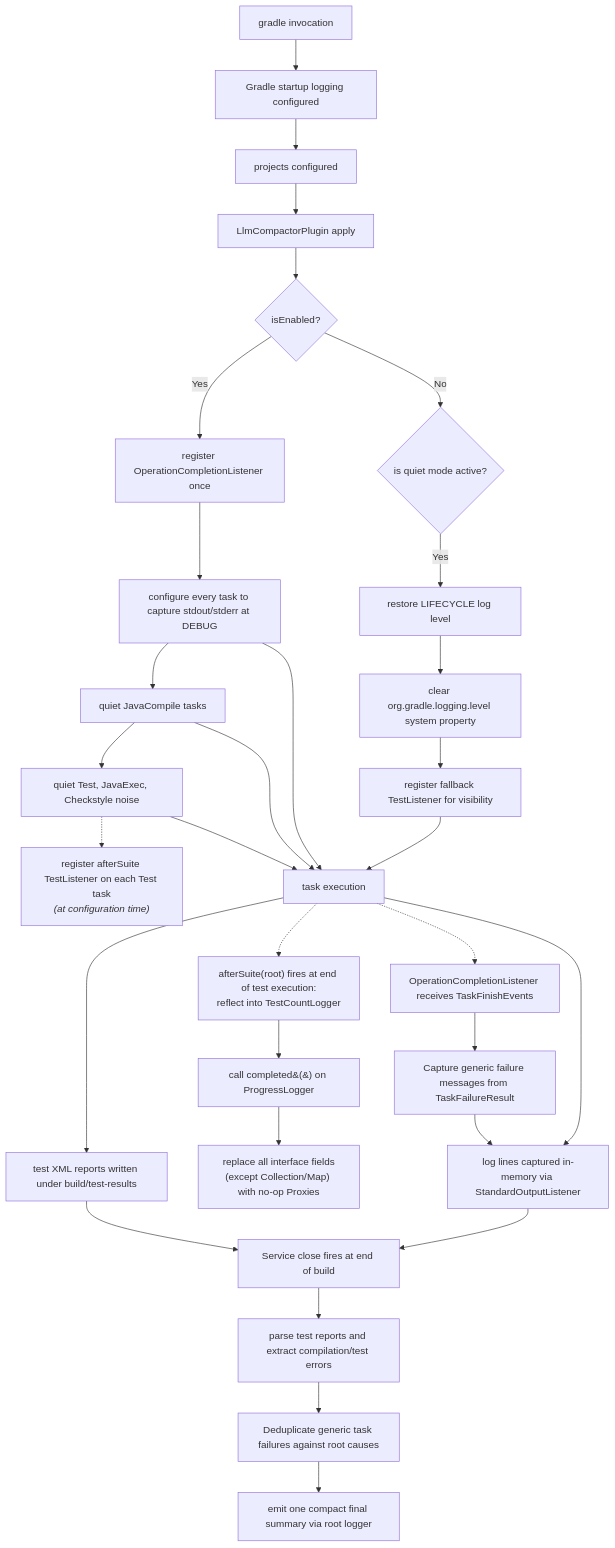
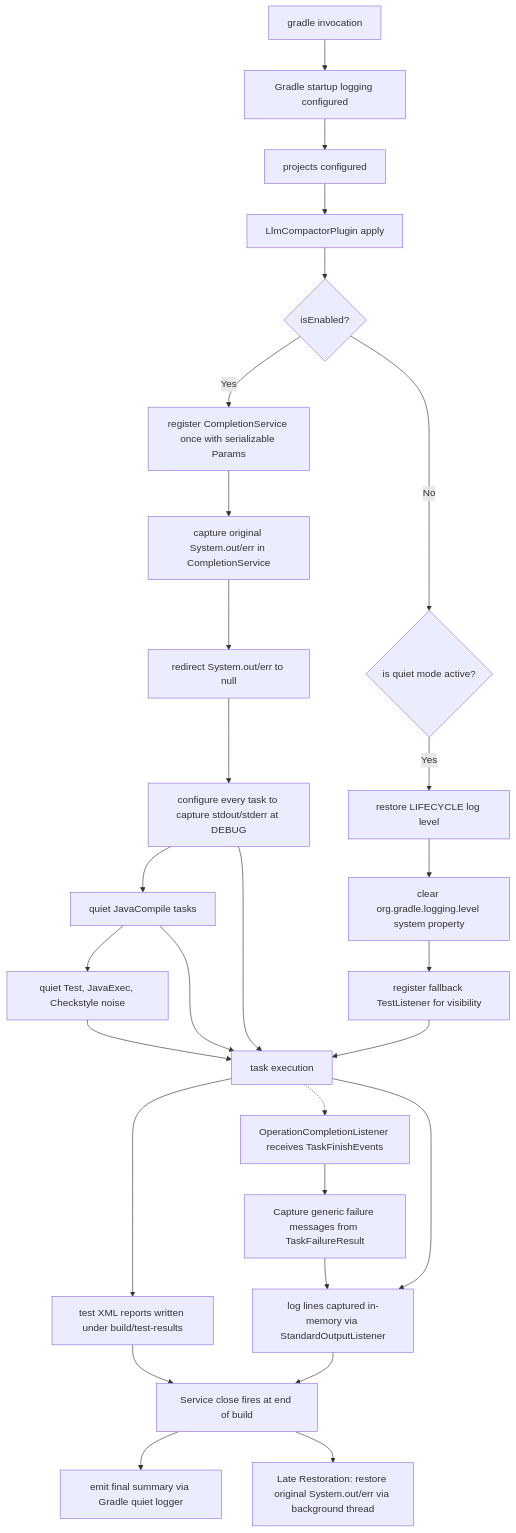
The diagram in docs/gradle-design.md (sfkamath/llm-build-compactor), drawn with Mermaid before and after one commit. The commit also changed other lines of this file and 5 other files, not shown here.

First line of the commit message:
feat(gradle): implement late stream restoration and harden plugin architecture

````diff
--- a/docs/gradle-design.md
+++ b/docs/gradle-design.md
@@ -44,39 +45,35 @@
 ```mermaid
 flowchart TD
     A[gradle invocation] --> B[Gradle startup logging configured]
     B --> C[projects configured]
     C --> D[LlmCompactorPlugin apply]
     D --> E{isEnabled?}
     
-    E -- Yes --> F[register OperationCompletionListener once]
-    F --> G[configure every task to capture stdout/stderr at DEBUG]
-    G --> H[quiet JavaCompile tasks]
-    H --> I[quiet Test, JavaExec, Checkstyle noise]
-    I -.-> I1["register afterSuite TestListener on each Test task<br/><i>(at configuration time)</i>"]
+    E -- Yes --> F[register CompletionService once with serializable Params]
+    F --> G[capture original System.out/err in CompletionService]
+    G --> H[redirect System.out/err to null]
+    H --> I[configure every task to capture stdout/stderr at DEBUG]
+    I --> J[quiet JavaCompile tasks]
+    J --> K[quiet Test, JavaExec, Checkstyle noise]
     
-    E -- No --> J{is quiet mode active?}
-    J -- Yes --> K[restore LIFECYCLE log level]
-    K --> L[clear org.gradle.logging.level system property]
-    L --> M[register fallback TestListener for visibility]
+    E -- No --> L{is quiet mode active?}
+    L -- Yes --> M[restore LIFECYCLE log level]
+    M --> N[clear org.gradle.logging.level system property]
+    N --> O[register fallback TestListener for visibility]
     
-    I --> N[task execution]
-    H --> N
-    G --> N
-    M --> N
+    K --> P[task execution]
+    J --> P
+    I --> P
+    O --> P
     
-    N -.-> N1[OperationCompletionListener receives TaskFinishEvents]
-    N1 --> N2[Capture generic failure messages from TaskFailureResult]
-    N2 --> P
+    P -.-> P1[OperationCompletionListener receives TaskFinishEvents]
+    P1 --> P2[Capture generic failure messages from TaskFailureResult]
+    P2 --> R
     
-    N -.-> I2["afterSuite(root) fires at end of test execution:<br/>reflect into TestCountLogger"]
-    I2 --> I3[call completed&#40;&#41; on ProgressLogger]
-    I3 --> I4["replace all interface fields<br/>(except Collection/Map) with no-op Proxies"]
-    
-    N --> O[test XML reports written under build/test-results]
-    N --> P[log lines captured in-memory via StandardOutputListener]
-    O --> Q[Service close fires at end of build]
-    P --> Q
-    Q --> R[parse test reports and extract compilation/test errors]
-    R --> S[Deduplicate generic task failures against root causes]
-    S --> T[emit one compact final summary via root logger]
+    P --> Q[test XML reports written under build/test-results]
+    P --> R[log lines captured in-memory via StandardOutputListener]
+    Q --> S[Service close fires at end of build]
+    R --> S
+    S --> T[emit final summary via Gradle quiet logger]
+    S --> U[Late Restoration: restore original System.out/err via background thread]
 ```
````
